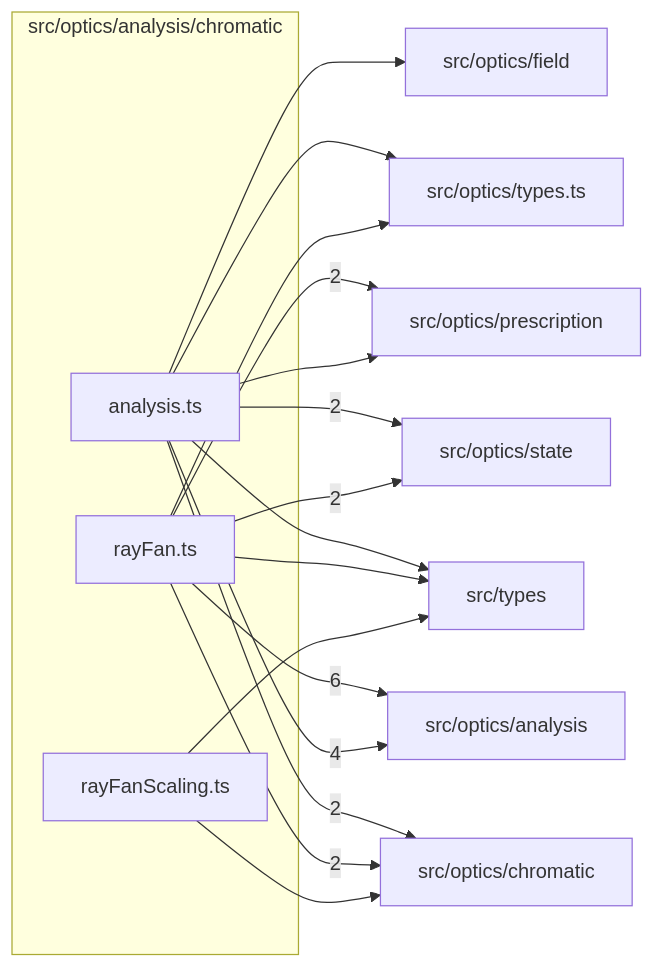
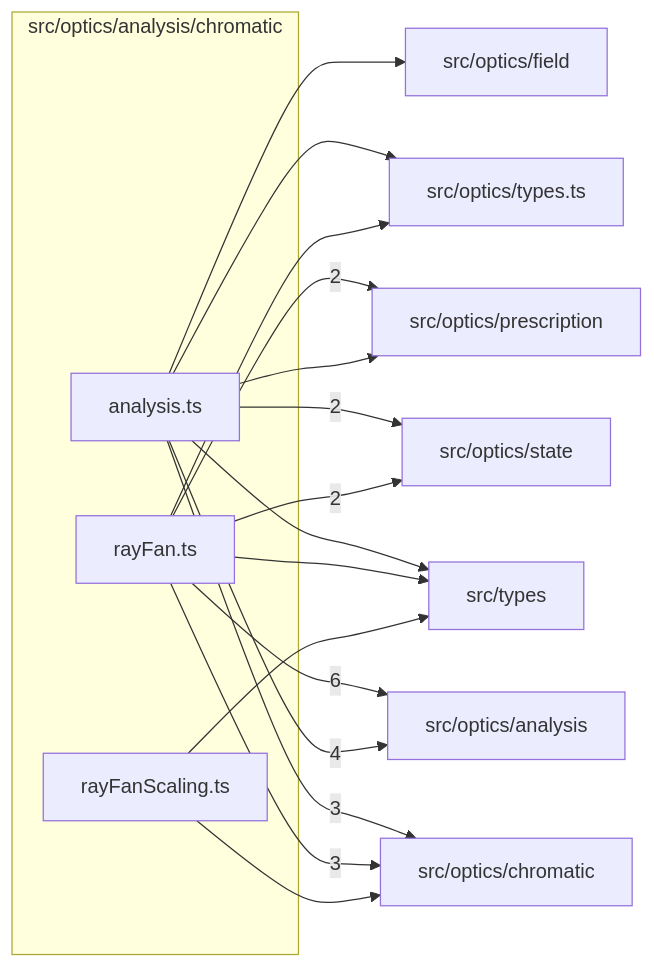
One commit to ronbuening/LensVisualizer changed the diagram in src/optics/analysis/chromatic/readme.md. Above: the diagram before and after it, drawn with Mermaid. The commit also changed other lines of this file and 5 other files, not shown here.

````diff
--- a/src/optics/analysis/chromatic/readme.md
+++ b/src/optics/analysis/chromatic/readme.md
@@ -9,30 +9,30 @@
 ```mermaid
 flowchart LR
   subgraph n_src_optics_analysis_chromatic["src/optics/analysis/chromatic"]
     n_src_optics_analysis_chromatic_src_optics_analysis_chromatic_analysis_ts["analysis.ts"]
     n_src_optics_analysis_chromatic_src_optics_analysis_chromatic_rayFan_ts["rayFan.ts"]
     n_src_optics_analysis_chromatic_src_optics_analysis_chromatic_rayFanScaling_ts["rayFanScaling.ts"]
   end
   n_external_src_optics_analysis["src/optics/analysis"]
   n_external_src_optics_chromatic["src/optics/chromatic"]
   n_external_src_optics_prescription["src/optics/prescription"]
   n_external_src_optics_state["src/optics/state"]
   n_external_src_optics_field["src/optics/field"]
   n_external_src_optics_types_ts["src/optics/types.ts"]
   n_external_src_types["src/types"]
   n_src_optics_analysis_chromatic_src_optics_analysis_chromatic_rayFan_ts --> |6| n_external_src_optics_analysis
   n_src_optics_analysis_chromatic_src_optics_analysis_chromatic_analysis_ts --> |4| n_external_src_optics_analysis
-  n_src_optics_analysis_chromatic_src_optics_analysis_chromatic_analysis_ts --> |2| n_external_src_optics_chromatic
-  n_src_optics_analysis_chromatic_src_optics_analysis_chromatic_rayFan_ts --> |2| n_external_src_optics_chromatic
+  n_src_optics_analysis_chromatic_src_optics_analysis_chromatic_analysis_ts --> |3| n_external_src_optics_chromatic
+  n_src_optics_analysis_chromatic_src_optics_analysis_chromatic_rayFan_ts --> |3| n_external_src_optics_chromatic
   n_src_optics_analysis_chromatic_src_optics_analysis_chromatic_rayFan_ts --> |2| n_external_src_optics_prescription
   n_src_optics_analysis_chromatic_src_optics_analysis_chromatic_analysis_ts --> |2| n_external_src_optics_state
   n_src_optics_analysis_chromatic_src_optics_analysis_chromatic_rayFan_ts --> |2| n_external_src_optics_state
   n_src_optics_analysis_chromatic_src_optics_analysis_chromatic_rayFanScaling_ts --> n_external_src_optics_chromatic
   n_src_optics_analysis_chromatic_src_optics_analysis_chromatic_analysis_ts --> n_external_src_optics_field
   n_src_optics_analysis_chromatic_src_optics_analysis_chromatic_analysis_ts --> n_external_src_optics_prescription
   n_src_optics_analysis_chromatic_src_optics_analysis_chromatic_analysis_ts --> n_external_src_optics_types_ts
   n_src_optics_analysis_chromatic_src_optics_analysis_chromatic_rayFan_ts --> n_external_src_optics_types_ts
   n_src_optics_analysis_chromatic_src_optics_analysis_chromatic_analysis_ts --> n_external_src_types
   n_src_optics_analysis_chromatic_src_optics_analysis_chromatic_rayFan_ts --> n_external_src_types
   n_src_optics_analysis_chromatic_src_optics_analysis_chromatic_rayFanScaling_ts --> n_external_src_types
 ```
````
